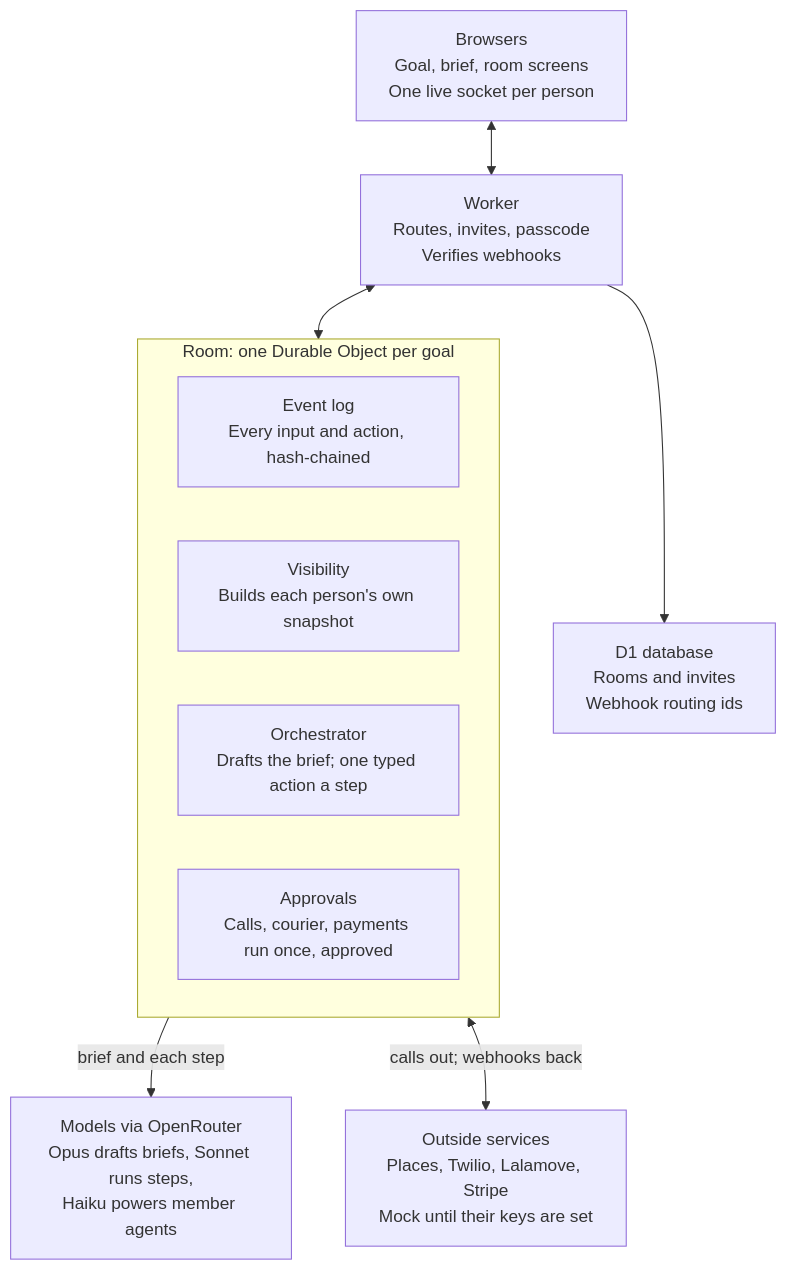
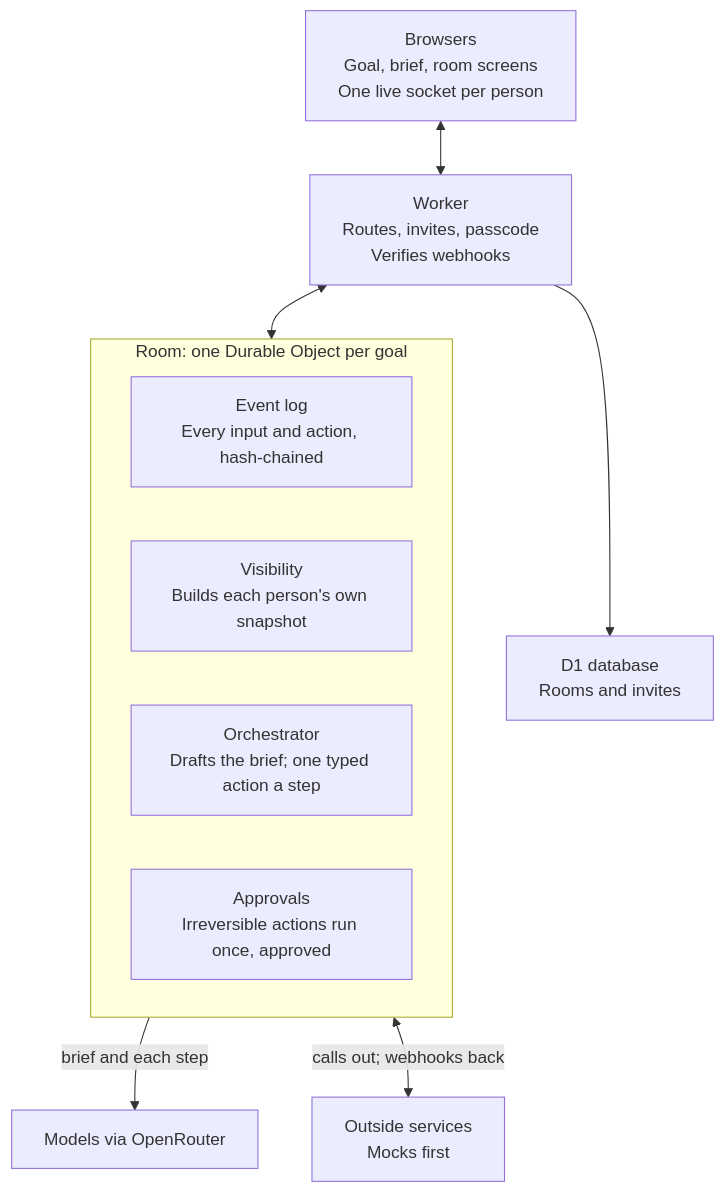
One commit to shoupon/multiplayer-hack changed the diagram in docs/PRD.md. Above: the diagram before and after it, drawn with Mermaid. The commit also changed other lines of this file, not shown here.

````diff
--- a/docs/PRD.md
+++ b/docs/PRD.md
@@ -30,14 +21,14 @@
 ```mermaid
 flowchart TB
   B["Browsers<br/>Goal, brief, room screens<br/>One live socket per person"] <--> W["Worker<br/>Routes, invites, passcode<br/>Verifies webhooks"]
-  W --> D["D1 database<br/>Rooms and invites<br/>Webhook routing ids"]
+  W --> D["D1 database<br/>Rooms and invites"]
   W <--> R
   subgraph R["Room: one Durable Object per goal"]
     L["Event log<br/>Every input and action, hash-chained"]
     V["Visibility<br/>Builds each person's own snapshot"]
     O["Orchestrator<br/>Drafts the brief; one typed action a step"]
-    A["Approvals<br/>Calls, courier, payments run once, approved"]
+    A["Approvals<br/>Irreversible actions run once, approved"]
   end
-  R -- "brief and each step" --> M["Models via OpenRouter<br/>Opus drafts briefs, Sonnet runs steps,<br/>Haiku powers member agents"]
-  R <-- "calls out; webhooks back" --> S["Outside services<br/>Places, Twilio, Lalamove, Stripe<br/>Mock until their keys are set"]
+  R -- "brief and each step" --> M["Models via OpenRouter"]
+  R <-- "calls out; webhooks back" --> S["Outside services<br/>Mocks first"]
 ```
````
